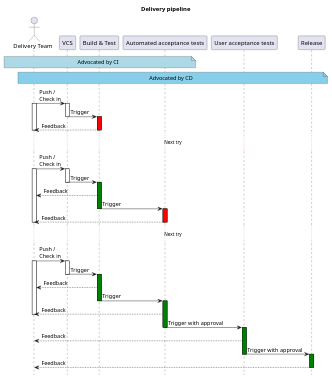
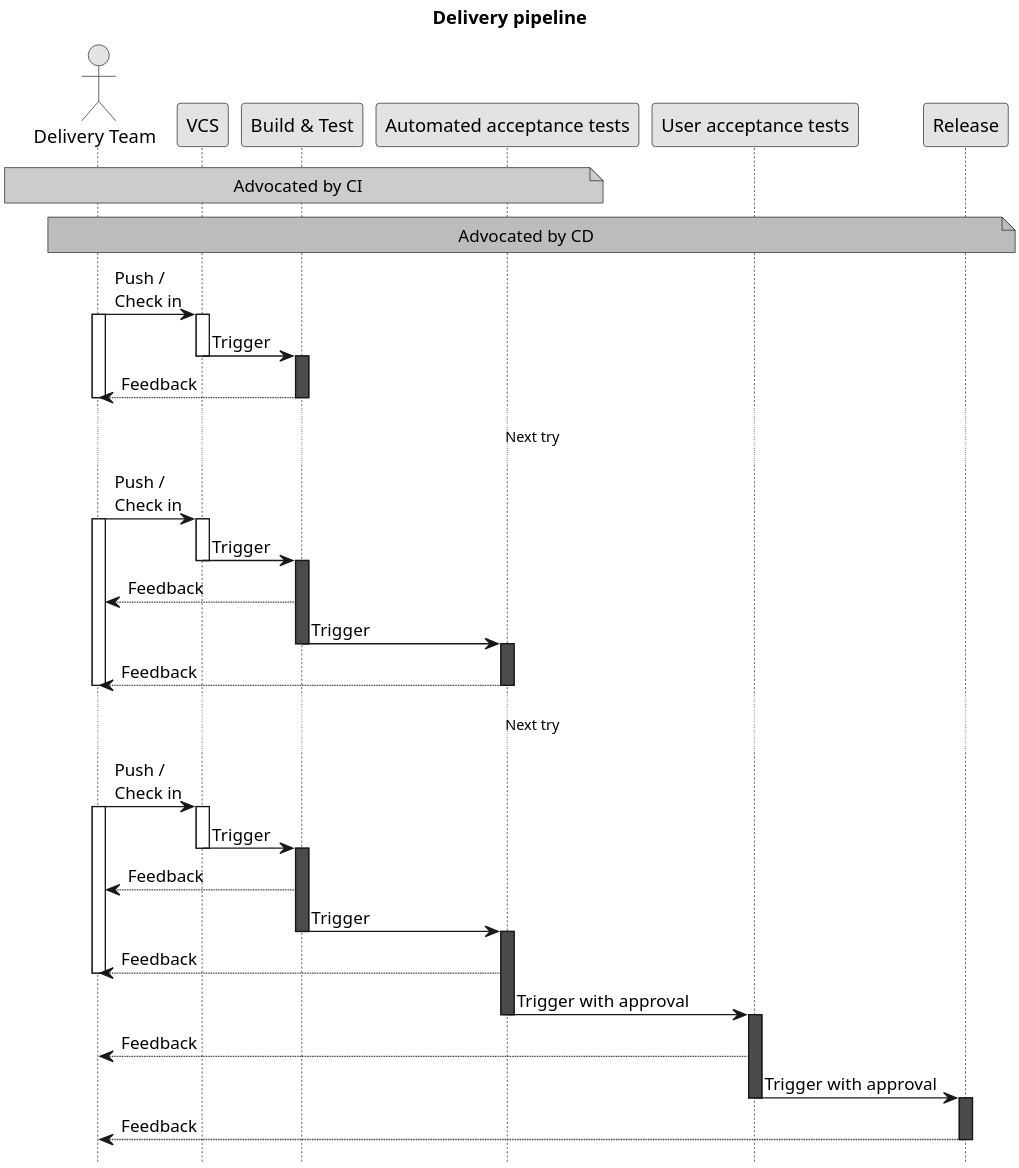
The diagram in articles/ci-c-done-right/delivery-pipeline.wsd (Zuehlke/machines-code-people), drawn with PlantUML before and after one commit. The commit also changed 1 other file, not shown here.

```diff
--- a/articles/ci-c-done-right/delivery-pipeline.wsd
+++ b/articles/ci-c-done-right/delivery-pipeline.wsd
@@ -1,67 +1,69 @@
 @startuml
+skinparam dpi 300   
+skinparam monochrome true
 
 title Delivery pipeline
 
 actor "Delivery Team" as team
 participant VCS
 participant "Build & Test" as build
 participant "Automated acceptance tests" as accTests
 participant "User acceptance tests" as userTests
 participant Release
 
 note over team, accTests #lightBlue: Advocated by CI
 note over team, Release #skyBlue: Advocated by CD
 
 team -> VCS: Push /\nCheck in
 activate team
 activate VCS
 VCS -> build: Trigger
 deactivate VCS
 activate build #red
 build --> team: Feedback
 deactivate build
 deactivate team
 
 ... Next try ...
 
 team -> VCS: Push /\nCheck in
 activate team
 activate VCS
 VCS -> build: Trigger
 deactivate VCS
 activate build #green
 build --> team: Feedback
 build -> accTests: Trigger
 deactivate build
 activate accTests #red
 accTests --> team: Feedback
 deactivate accTests
 deactivate team
 
 ... Next try ...
 
 team -> VCS: Push /\nCheck in
 activate team
 activate VCS
 VCS -> build: Trigger
 deactivate VCS
 activate build #green
 build --> team: Feedback
 build -> accTests: Trigger
 deactivate build
 activate accTests #green
 accTests --> team: Feedback
 deactivate team
 accTests -> userTests: Trigger with approval
 deactivate accTests
 activate userTests #green
 userTests --> team: Feedback
 userTests -> Release: Trigger with approval
 deactivate userTests
 activate Release #green
 Release --> team: Feedback
 deactivate Release
 
 hide footbox
 
 @enduml
```
